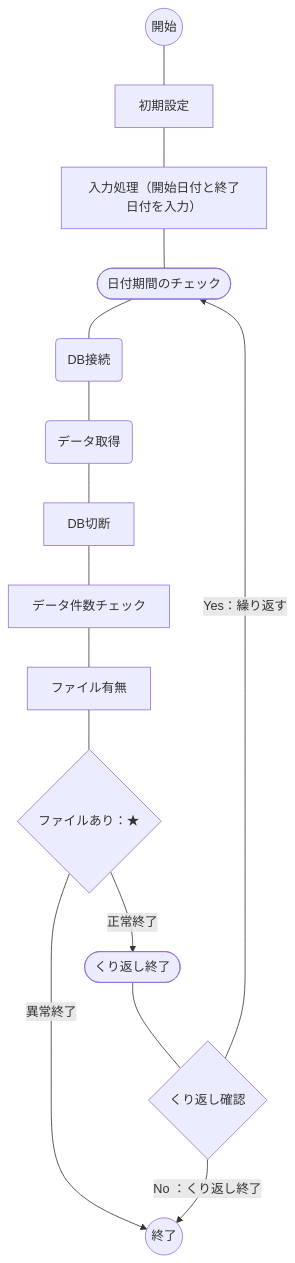
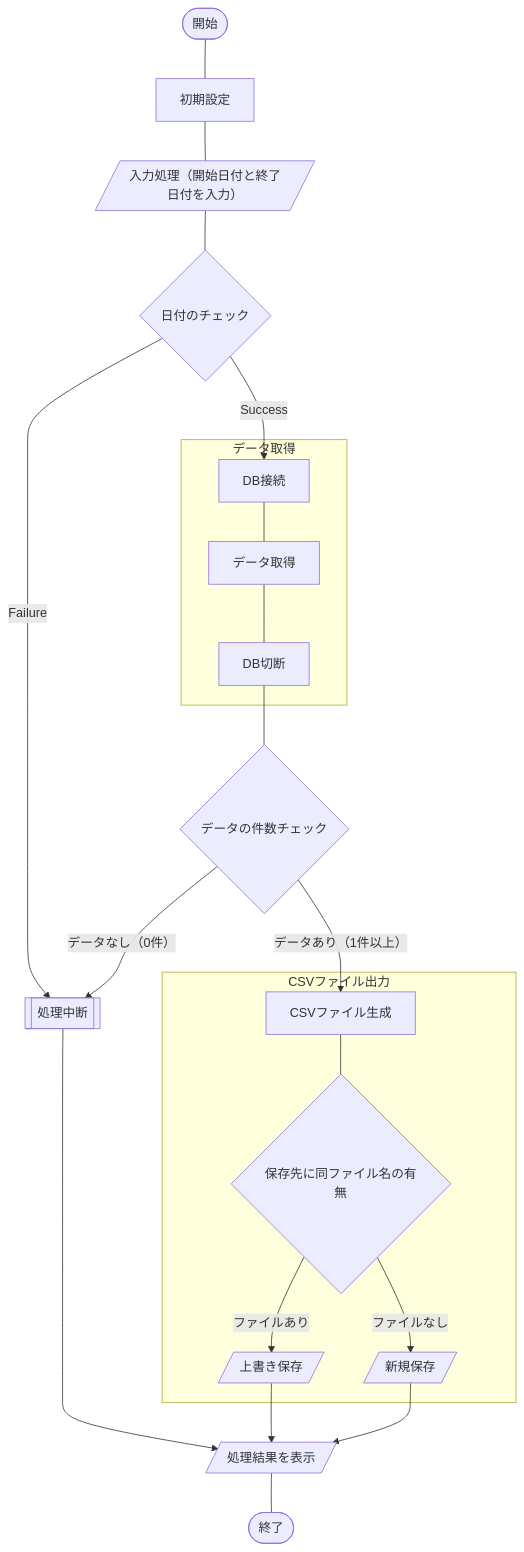
Before and after one commit to akiGAMEBOY/haretokidoki_zn: the diagram in articles/28a7467dedabfc.md, drawn with Mermaid. The commit also changed other lines of this file and 3 other files, not shown here.

````diff
--- a/articles/28a7467dedabfc.md
+++ b/articles/28a7467dedabfc.md
@@ -55,17 +59,24 @@
 ```mermaid
 flowchart TB
-    A(("開始")) --- B["初期設定"]
-    B --- C["入力処理（開始日付と終了日付を入力）"]
-    C --- D(["日付期間のチェック"])
-    D --- E("DB接続")
-    E --- F("データ取得")
+    A(["開始"]) --- B["初期設定"]
+    B --- C[/"入力処理（開始日付と終了日付を入力）"/]
+    C --- D{"日付のチェック"}
+    D --> |"Success"| E["DB接続"]
+    D --> |"Failure"| M[["処理中断"]]
+    subgraph "データ取得"
+    E --- F["データ取得"]
     F --- G["DB切断"]
-    G --- H["データ件数チェック"]
-    H --- I["ファイル有無"]
-    I --- J{"ファイルあり：★"}
-    J --> |"正常終了"| K(["くり返し終了"])
-    J --> |"異常終了"| M(("終了"))
-    K --- L{"くり返し確認"}
-    L --> |"Yes：繰り返す"| D
-    L --> |"No ：くり返し終了"| M
+    end
+    G --- H{"データの件数チェック"}
+    H --> |"データあり（1件以上）"| I["CSVファイル生成"]
+    H --> |"データなし（0件）"| M
+    M -->  N[/"処理結果を表示"/]
+    subgraph "CSVファイル出力"
+    I --- J{"保存先に同ファイル名の有無"}
+    J --> |"ファイルあり"| K[/"上書き保存"/]
+    J --> |"ファイルなし"| L[/"新規保存"/]
+    end
+    K --> N
+    L --> N
+    N --- O(["終了"])
 ```
````
